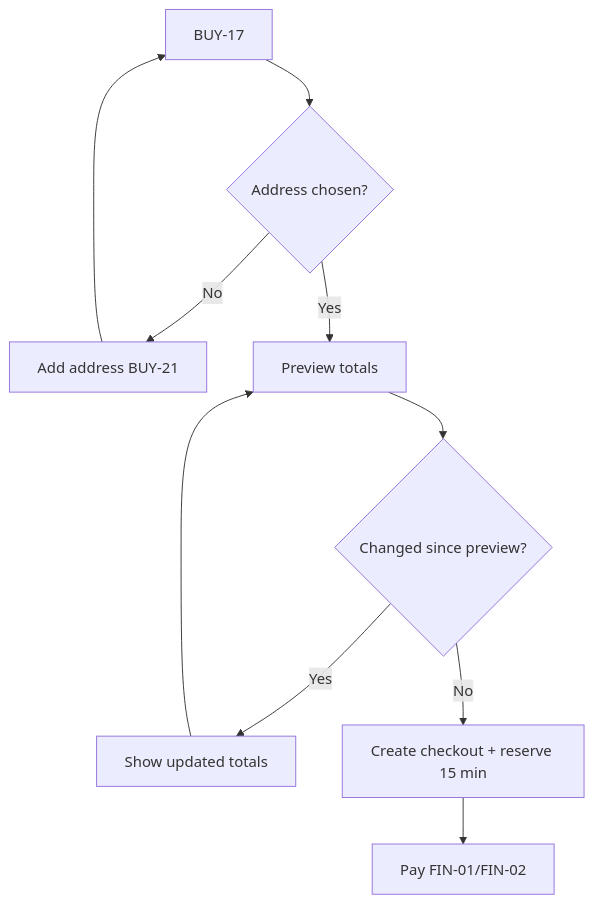
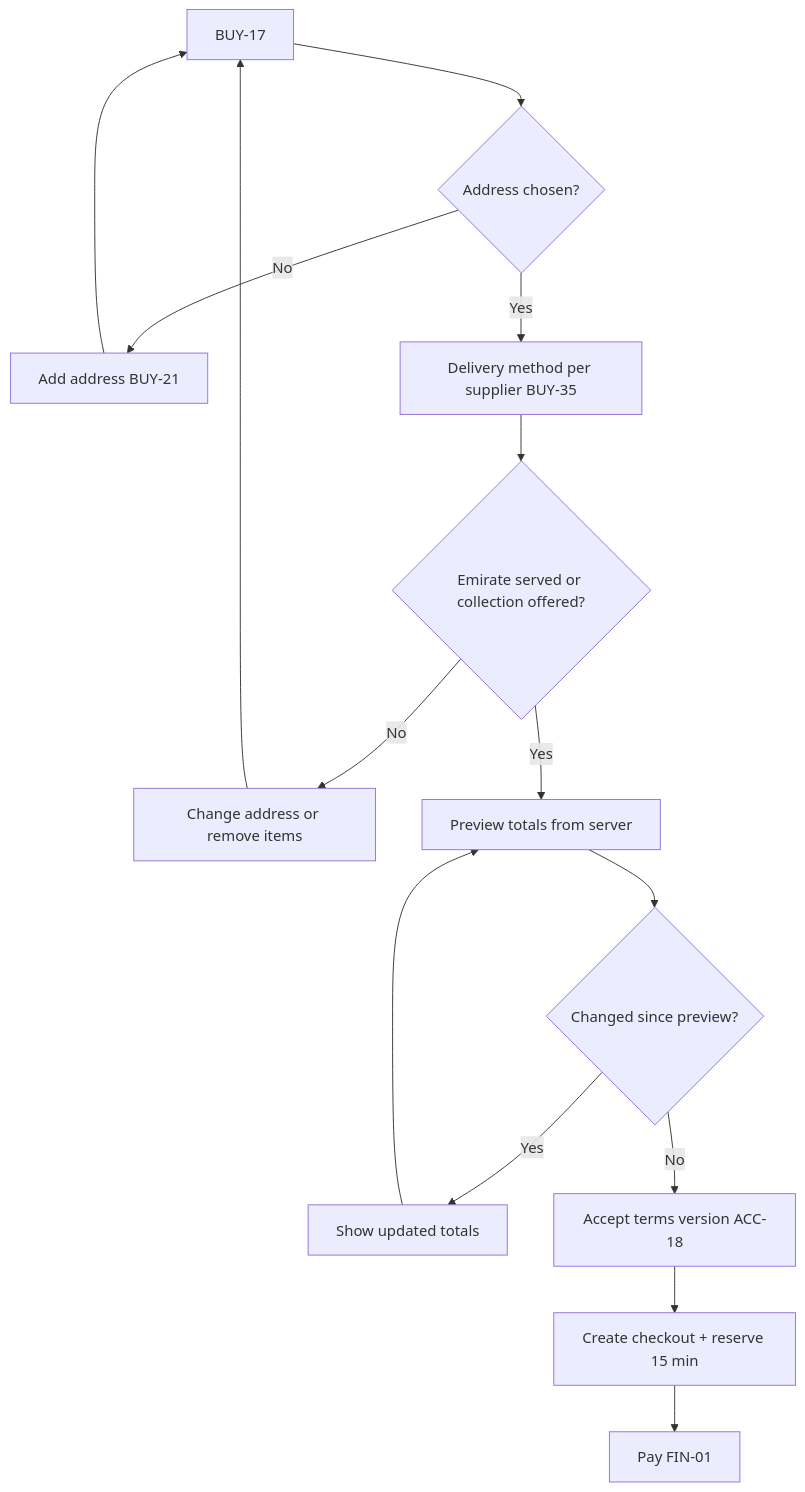
One commit to Elevationaddi/uae-b2b-marketplace changed diagram 17 of 33 in docs/ux-ui/05-user-journeys.md. Above: the diagram before and after it, drawn with Mermaid. The commit also changed other lines of this file and 28 other files, not shown here.

````diff
--- a/docs/ux-ui/05-user-journeys.md
+++ b/docs/ux-ui/05-user-journeys.md
@@ -590,8 +595,11 @@
 ```mermaid
 flowchart TD
 A[BUY-17] --> B{Address chosen?}
 B -->|No| C[Add address BUY-21] --> A
-B -->|Yes| D[Preview totals] --> E{Changed since preview?}
+B -->|Yes| M[Delivery method per supplier BUY-35]
+M --> N{Emirate served or collection offered?}
+N -->|No| O[Change address or remove items] --> A
+N -->|Yes| D[Preview totals from server] --> E{Changed since preview?}
 E -->|Yes| F[Show updated totals] --> D
-E -->|No| G[Create checkout + reserve 15 min] --> H[Pay FIN-01/FIN-02]
+E -->|No| G[Accept terms version ACC-18] --> H[Create checkout + reserve 15 min] --> I[Pay FIN-01]
 ```
````
